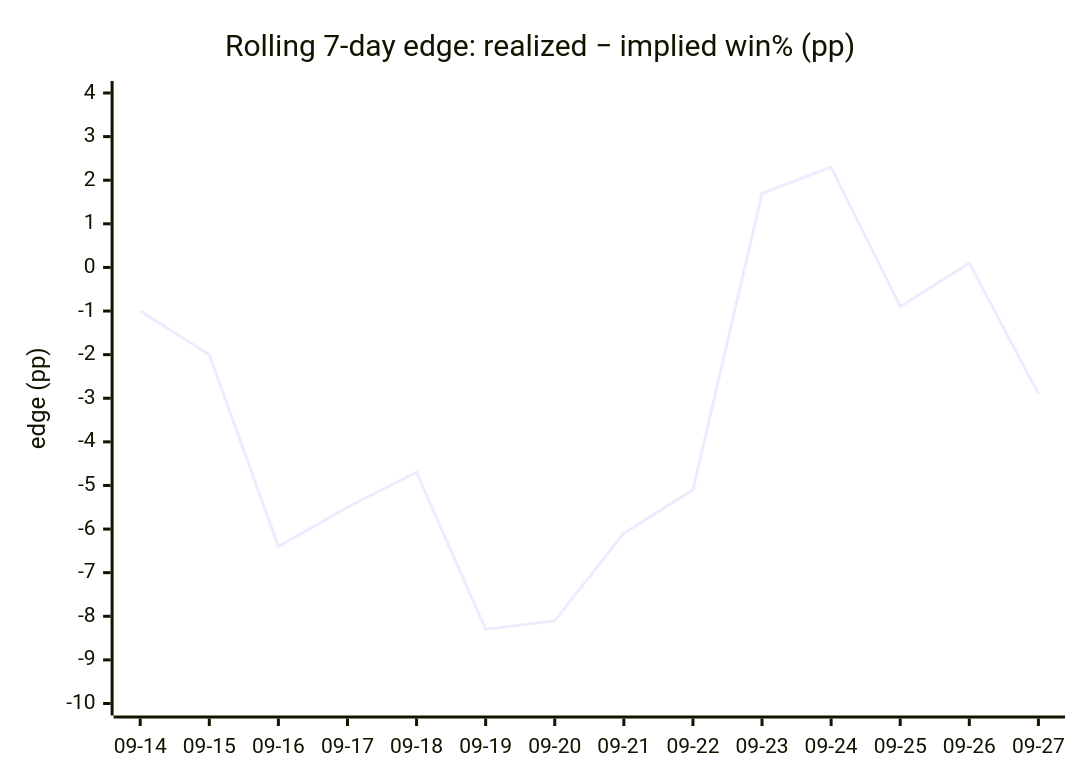
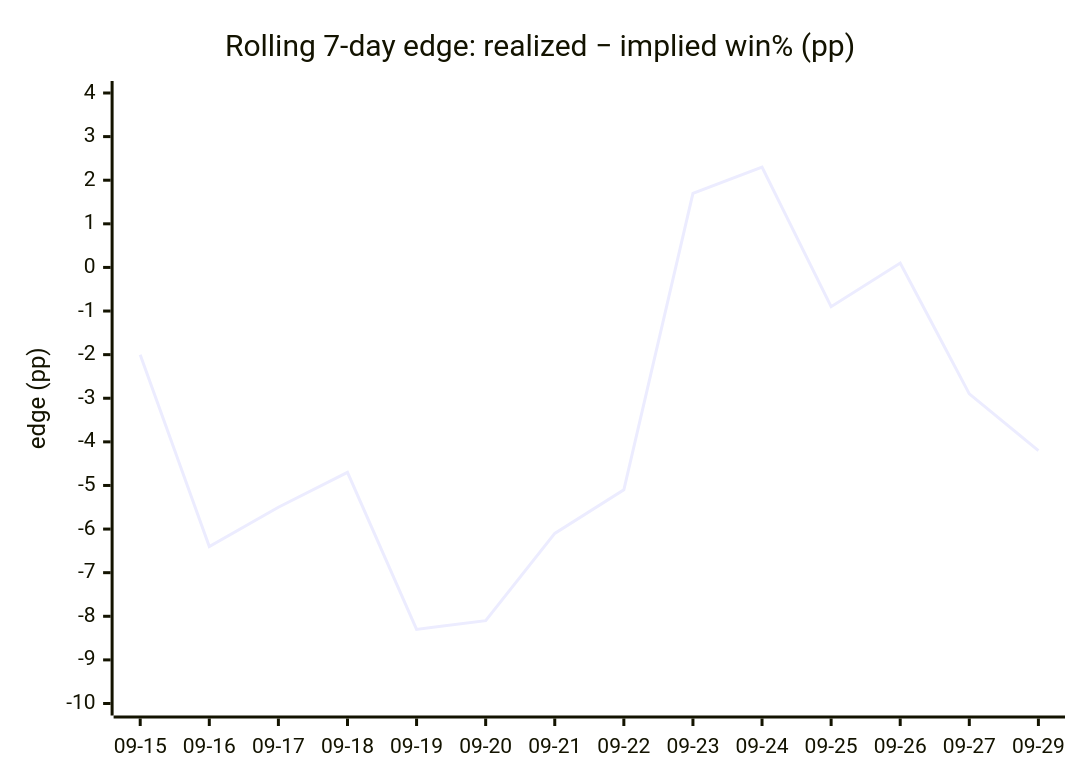
Before and after one commit to dpk1212/nhl-savant: the fourth of 4 diagrams in DAILY_AGSU_REPORT.md, drawn with Mermaid. The commit also changed other lines of this file, not shown here.

````diff
--- a/DAILY_AGSU_REPORT.md
+++ b/DAILY_AGSU_REPORT.md
@@ -845,7 +847,7 @@
 ```mermaid
 xychart-beta
     title "Rolling 7-day edge: realized − implied win% (pp)"
-    x-axis ["09-14", "09-15", "09-16", "09-17", "09-18", "09-19", "09-20", "09-21", "09-22", "09-23", "09-24", "09-25", "09-26", "09-27"]
+    x-axis ["09-15", "09-16", "09-17", "09-18", "09-19", "09-20", "09-21", "09-22", "09-23", "09-24", "09-25", "09-26", "09-27", "09-29"]
     y-axis "edge (pp)" -10 --> 4
-    line [-1, -2, -6.4, -5.5, -4.7, -8.3, -8.1, -6.1, -5.1, 1.7, 2.3, -0.9, 0.1, -2.9]
+    line [-2, -6.4, -5.5, -4.7, -8.3, -8.1, -6.1, -5.1, 1.7, 2.3, -0.9, 0.1, -2.9, -4.2]
 ```
````
